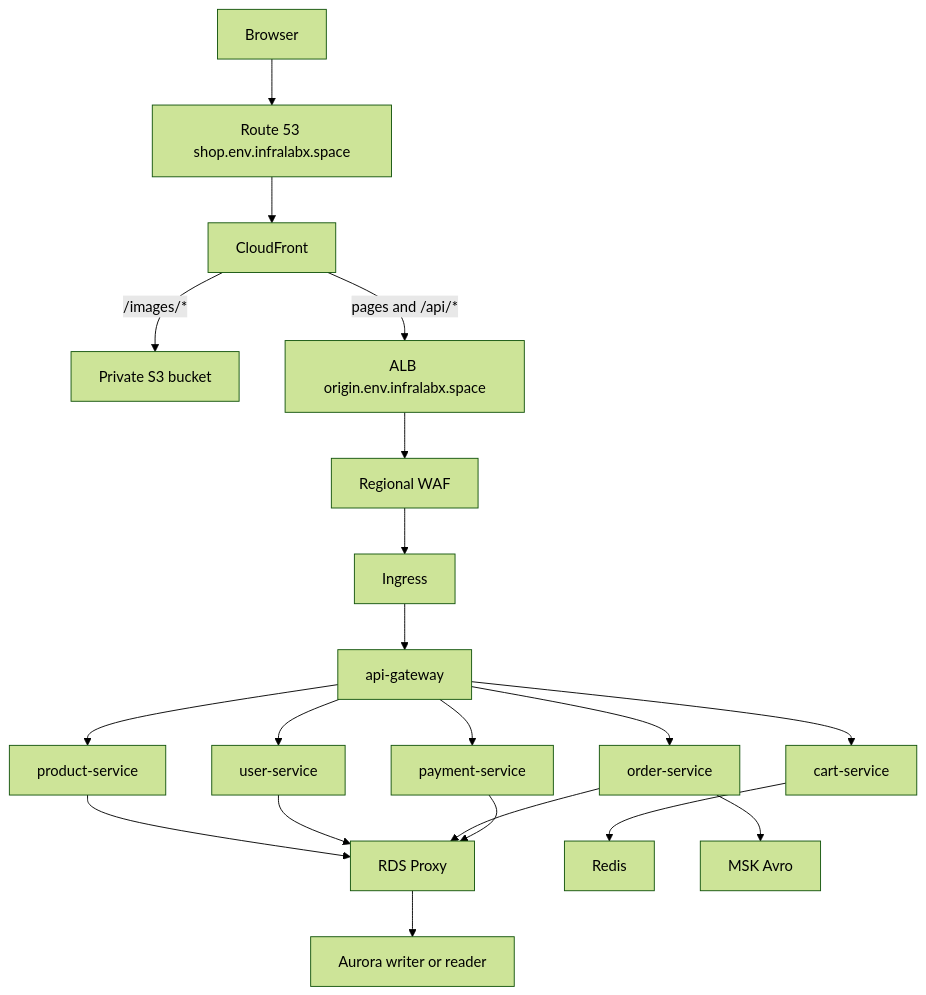
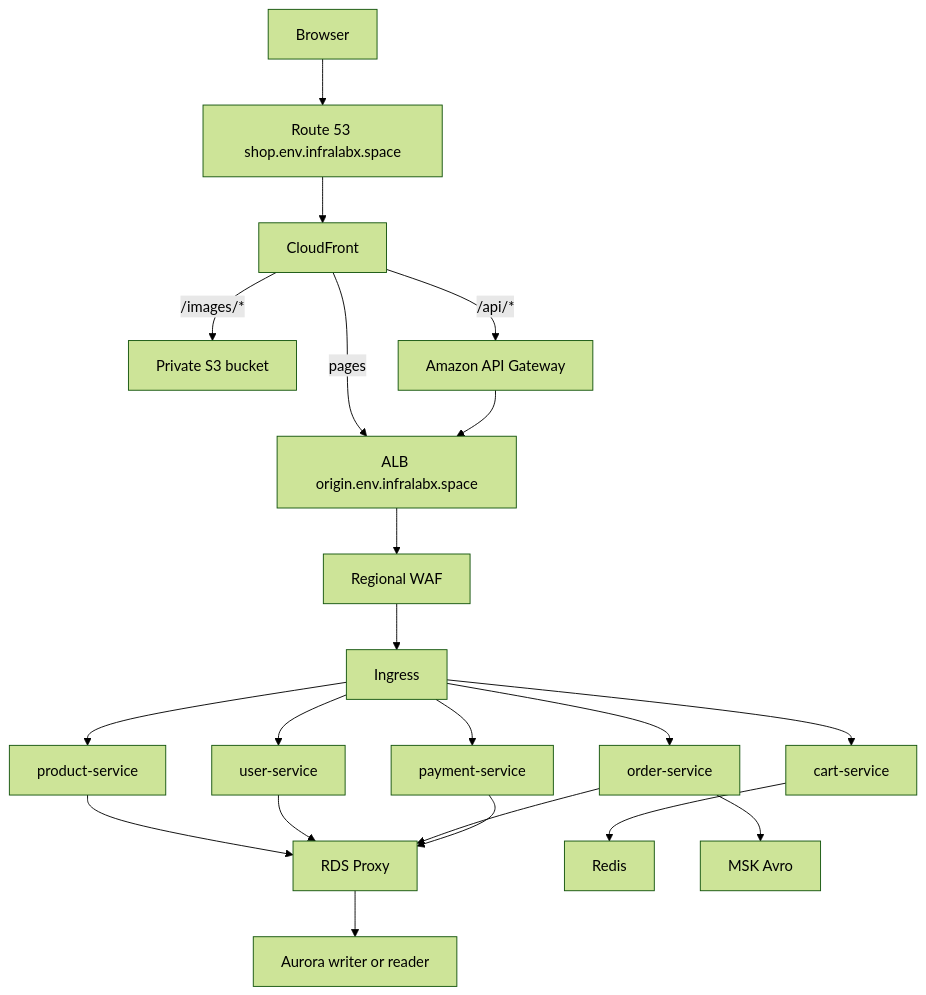
The second of 2 diagrams in README.md (Johnson9393/shopsphere-infra), drawn with Mermaid (forest theme) before and after one commit. The commit also changed other lines of this file and 16 other files, not shown here.

Commit message:
Route the public API through Amazon API Gateway and remove the unused Amazon MQ path.

````diff
--- a/README.md
+++ b/README.md
@@ -91,22 +91,23 @@
 ```mermaid
 flowchart TD
   browser[Browser] --> dns[Route 53 shop.env.infralabx.space]
   dns --> cf[CloudFront]
   cf -->|/images/*| s3[Private S3 bucket]
-  cf -->|pages and /api/*| alb[ALB origin.env.infralabx.space]
+  cf -->|pages| alb[ALB origin.env.infralabx.space]
+  cf -->|/api/*| apigw[Amazon API Gateway]
+  apigw --> alb
   alb --> waf[Regional WAF]
   waf --> ing[Ingress]
-  ing --> gw[api-gateway]
-  gw --> product[product-service]
-  gw --> user[user-service]
-  gw --> cart[cart-service]
-  gw --> order[order-service]
-  gw --> pay[payment-service]
+  ing --> product[product-service]
+  ing --> user[user-service]
+  ing --> cart[cart-service]
+  ing --> order[order-service]
+  ing --> pay[payment-service]
   product --> proxy[RDS Proxy]
   user --> proxy
   order --> proxy
   pay --> proxy
   cart --> redis[Redis]
   order --> msk[MSK Avro]
   proxy --> aurora[Aurora writer or reader]
 ```
````
